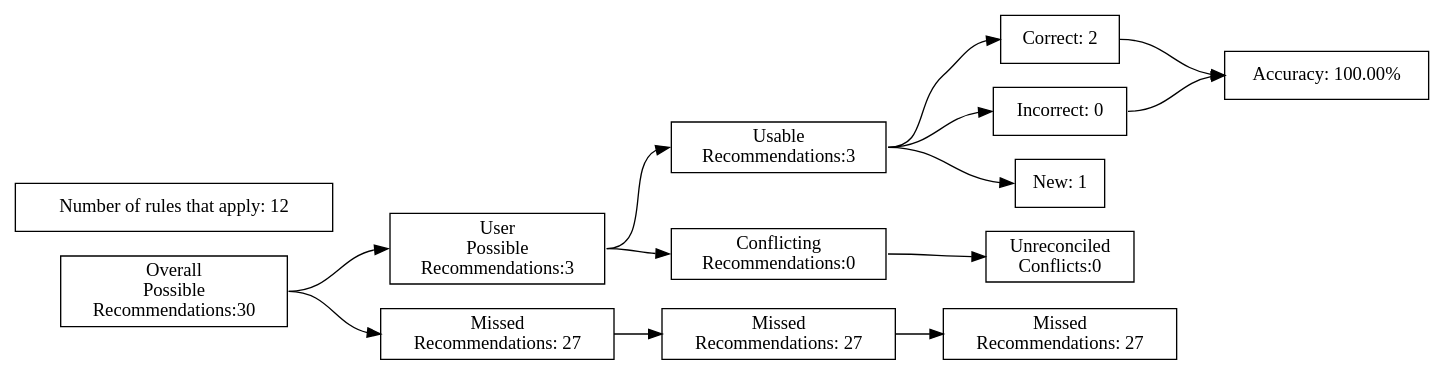
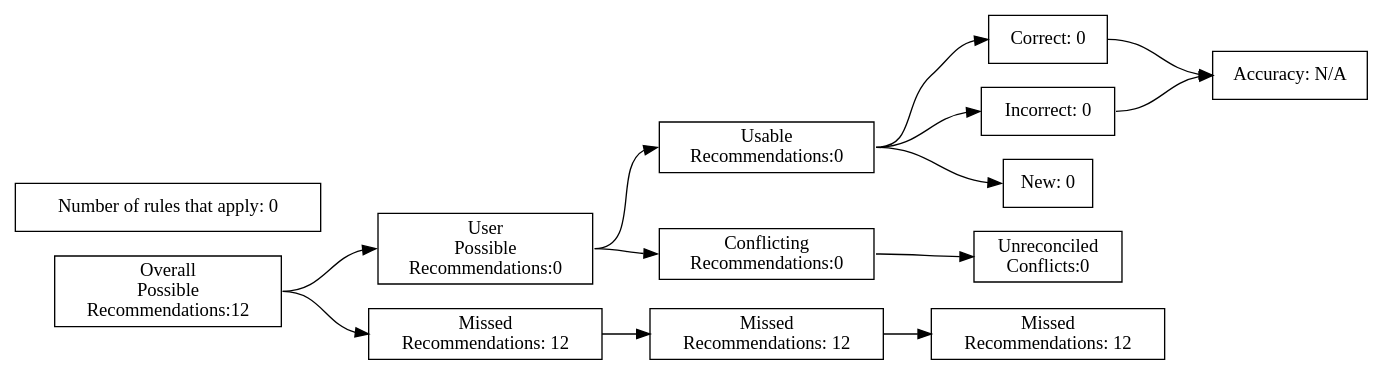
One commit to ZaxR/ibd_diet_analysis changed the diagram in test_renders/6.gv. Above: the diagram before and after it, drawn with Graphviz. The commit also changed 77 other files, not shown here.

```diff
--- a/test_renders/6.gv
+++ b/test_renders/6.gv
@@ -1,40 +1,40 @@
 digraph {
 	graph [rankdir=LR]
 	node [pos=r shape=box]
 	edge [headport=w tailport=e]
 		A [label="Overall
 Possible
-Recommendations:30"]
+Recommendations:12"]
 		B [label="User
 Possible
-Recommendations:3"]
+Recommendations:0"]
 		C [label="Missed
-Recommendations: 27"]
+Recommendations: 12"]
 		D [label="Usable
-Recommendations:3"]
+Recommendations:0"]
 		E [label="Conflicting
 Recommendations:0"]
 		J [label="Missed
-Recommendations: 27"]
+Recommendations: 12"]
 		M [label="Unreconciled
 Conflicts:0"]
-		F [label="Correct: 2"]
+		F [label="Correct: 0"]
 		G [label="Incorrect: 0"]
-		H [label="New: 1"]
+		H [label="New: 0"]
 		K [label="Missed
-Recommendations: 27"]
-		I [label="Accuracy: 100.00%"]
-		l [label="Number of rules that apply: 12"]
+Recommendations: 12"]
+		I [label="Accuracy: N/A"]
+		l [label="Number of rules that apply: 0"]
 			A -> B
 			A -> C
 			B -> D
 			B -> E
 			D -> F
 			D -> G
 			D -> H
 			F -> I
 			G -> I
 			C -> J
 			J -> K
 			E -> M
 }
```
